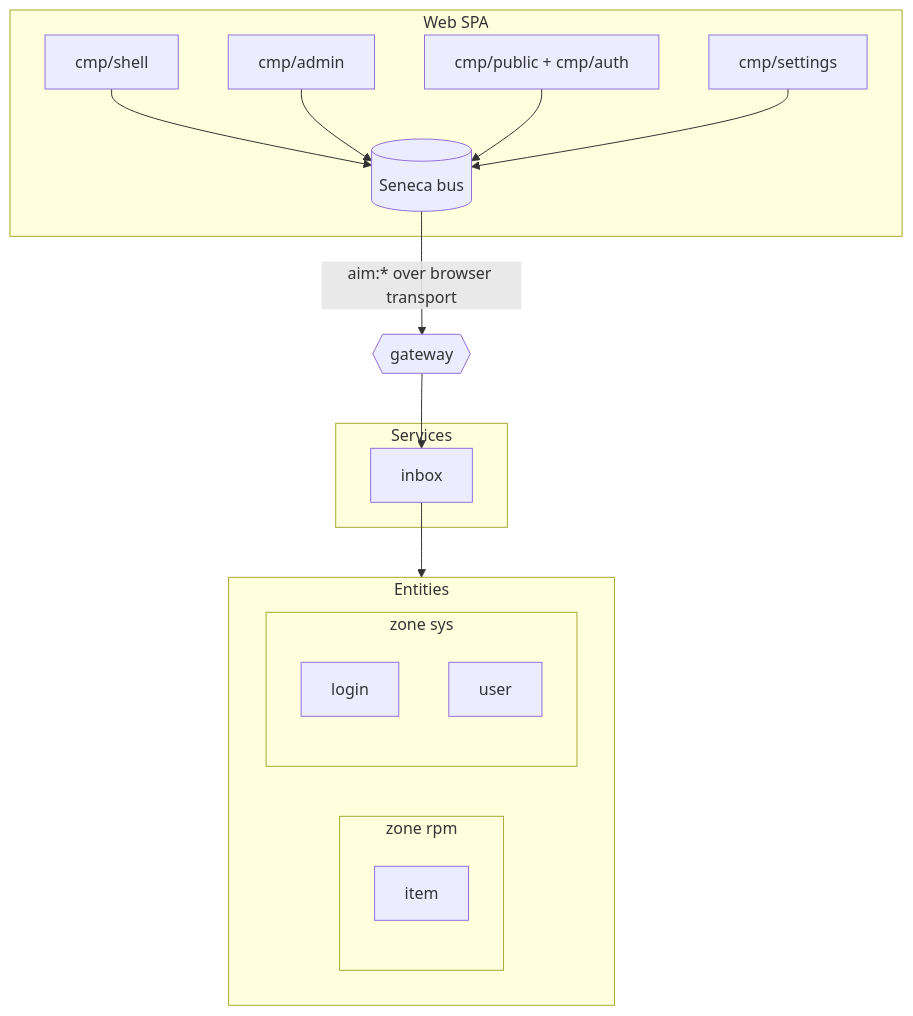
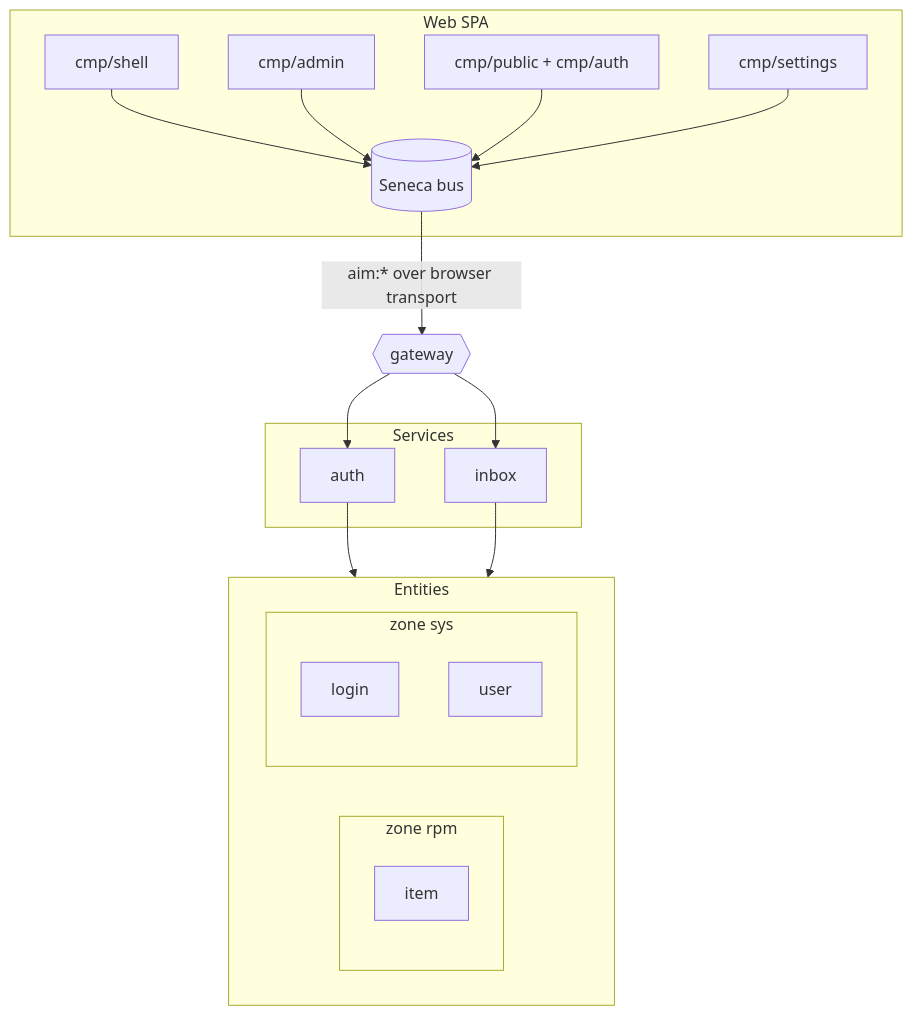
One commit to voxgig/repo-manager changed the first of 2 diagrams in docs/reference/system-map.md. Above: the diagram before and after it, drawn with Mermaid. The commit also changed 33 other files, not shown here.

````diff
--- a/docs/reference/system-map.md
+++ b/docs/reference/system-map.md
@@ -10,29 +10,32 @@
 ```mermaid
 flowchart TB
   subgraph spa[Web SPA]
     shell[cmp/shell]
     admin[cmp/admin]
     publiccmp[cmp/public + cmp/auth]
     settings[cmp/settings]
     bus[(Seneca bus)]
     shell --> bus
     admin --> bus
     publiccmp --> bus
     settings --> bus
   end
   bus -->|aim:* over browser transport| gateway{{gateway}}
   subgraph services[Services]
+    srv_auth[auth]
     srv_inbox[inbox]
   end
+  gateway --> srv_auth
   gateway --> srv_inbox
   subgraph data[Entities]
     subgraph zone_rpm[zone rpm]
       rpm_item[item]
     end
     subgraph zone_sys[zone sys]
       sys_login[login]
       sys_user[user]
     end
   end
+  srv_auth --> data
   srv_inbox --> data
 ```
````
